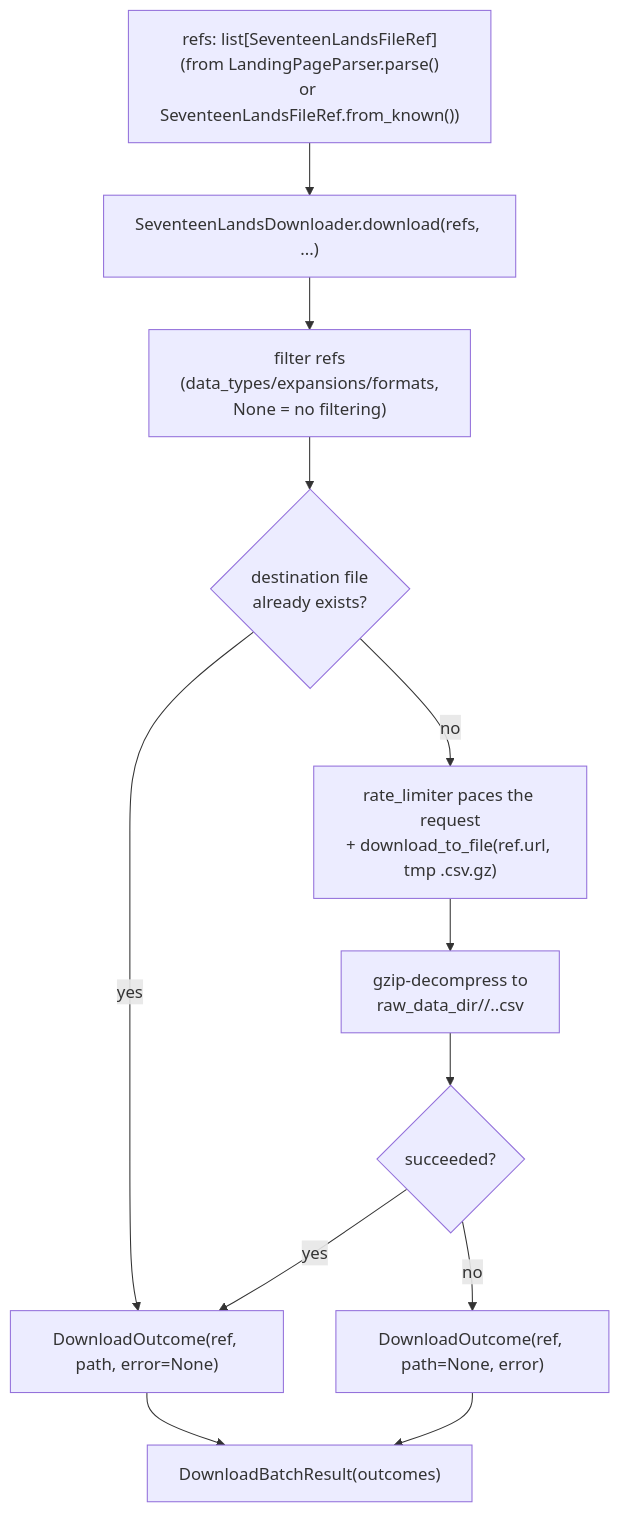
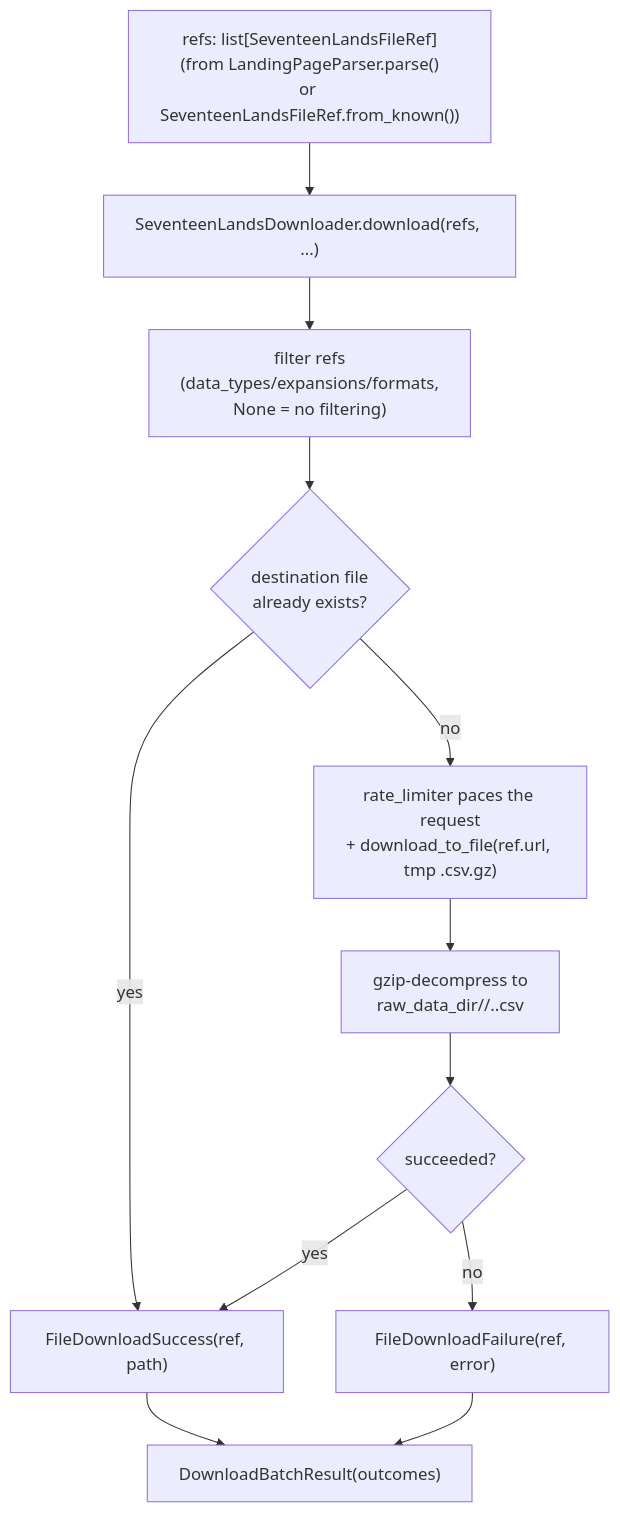
Before and after one commit to toon-leader-bacon/TradingCardGameEmbeddings: the diagram in src/data_retrieval/seventeenlands/README.md, drawn with Mermaid. The commit also changed other lines of this file and 3 other files, not shown here.

````diff
--- a/src/data_retrieval/seventeenlands/README.md
+++ b/src/data_retrieval/seventeenlands/README.md
@@ -99,14 +104,14 @@
 ```mermaid
 flowchart TD
     A["refs: list[SeventeenLandsFileRef]\n(from LandingPageParser.parse()\nor SeventeenLandsFileRef.from_known())"] --> B["SeventeenLandsDownloader.download(refs, ...)"]
     B --> C["filter refs\n(data_types/expansions/formats,\nNone = no filtering)"]
     C --> D{"destination file\nalready exists?"}
     D -- yes --> H
     D -- no --> E["rate_limiter paces the request\n+ download_to_file(ref.url, tmp .csv.gz)"]
     E --> F["gzip-decompress to\nraw_data_dir/<data_type>/<expansion>.<format_code>.csv"]
     F --> G{"succeeded?"}
-    G -- yes --> H["DownloadOutcome(ref, path, error=None)"]
-    G -- no --> I["DownloadOutcome(ref, path=None, error)"]
+    G -- yes --> H["FileDownloadSuccess(ref, path)"]
+    G -- no --> I["FileDownloadFailure(ref, error)"]
     H --> J["DownloadBatchResult(outcomes)"]
     I --> J
 ```
````
